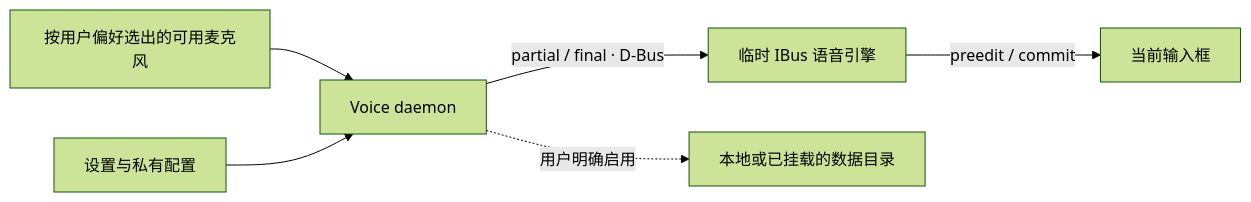
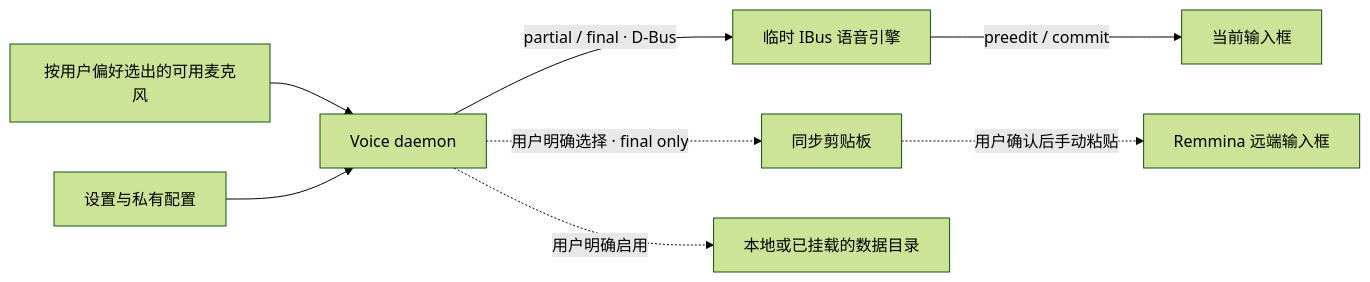
Before and after one commit to SidUParis/openVoiceInput_linux: the diagram in README.md, drawn with Mermaid (forest theme). The commit also changed other lines of this file and 50 other files, not shown here.

````diff
--- a/README.md
+++ b/README.md
@@ -227,8 +237,10 @@
 ```mermaid
 flowchart LR
     M["按用户偏好选出的可用麦克风"] --> V["Voice daemon"]
     S["设置与私有配置"] --> V
     V -->|"partial / final · D-Bus"| E["临时 IBus 语音引擎"]
     E -->|"preedit / commit"| F["当前输入框"]
+    V -.->|"用户明确选择 · final only"| C["同步剪贴板"]
+    C -.->|"用户确认后手动粘贴"| R["Remmina 远端输入框"]
     V -.->|"用户明确启用"| D["本地或已挂载的数据目录"]
 ```
````
